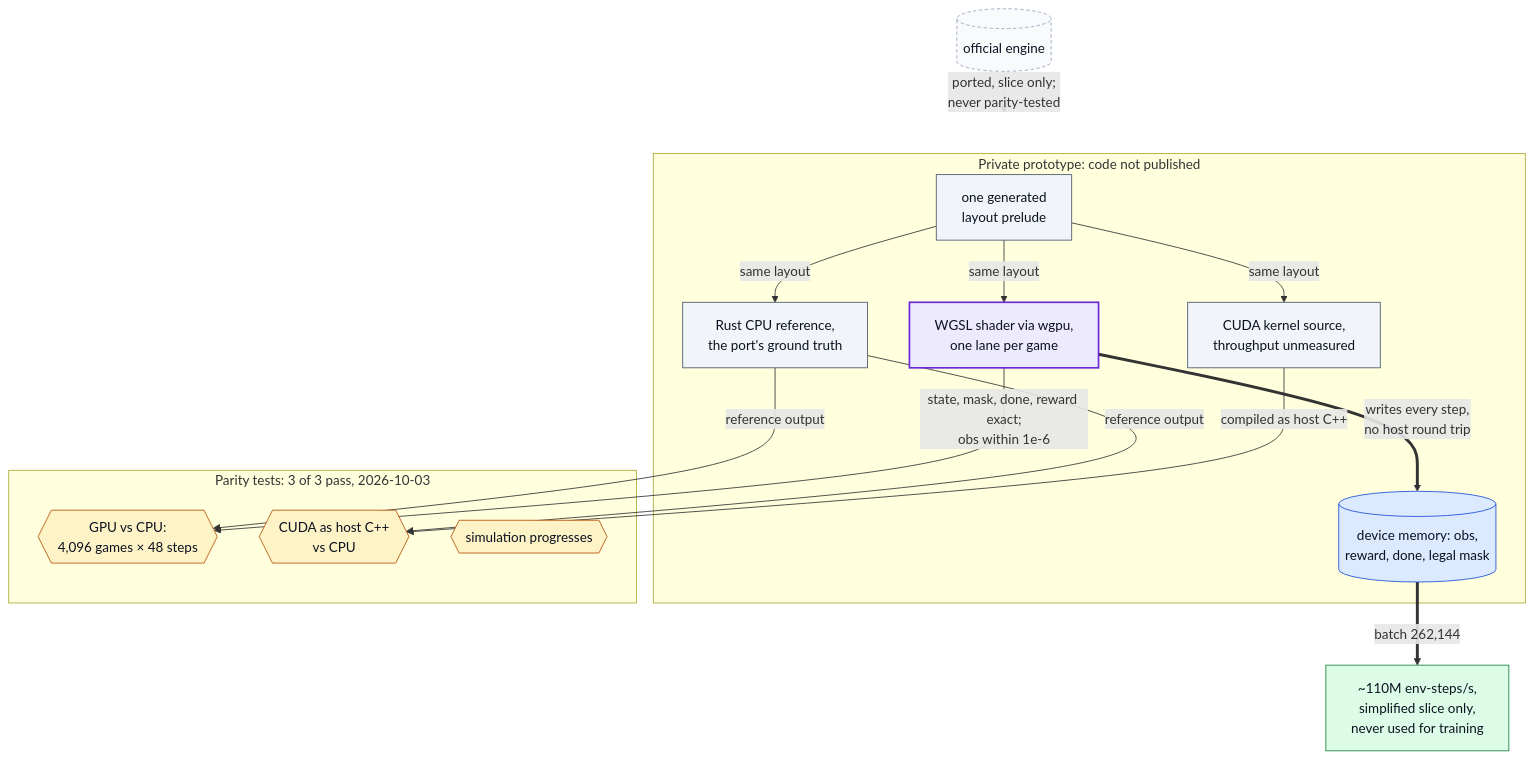
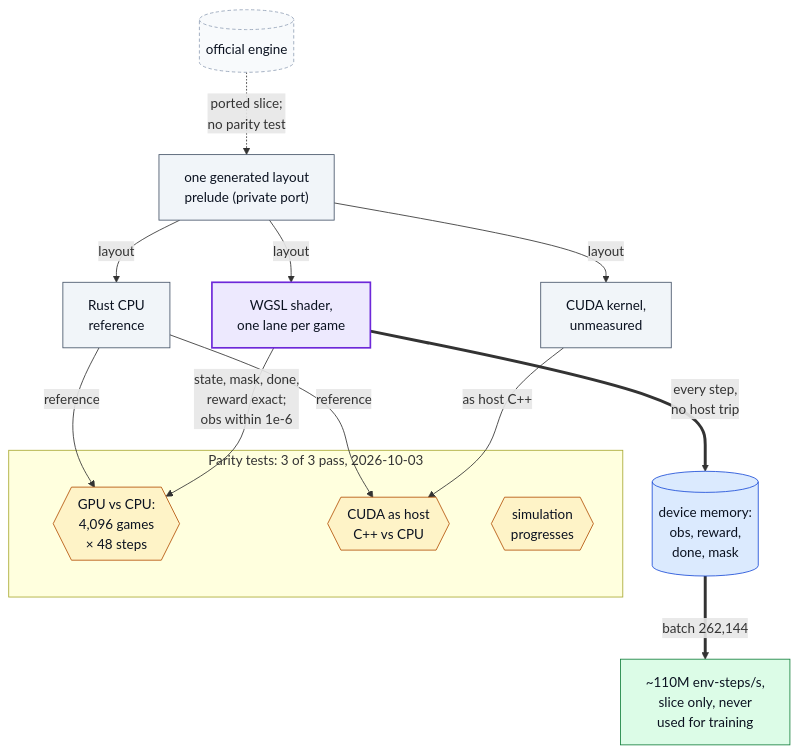
The diagram in engine/README.md (oscar-chw/ptcg-ai-battle), drawn with Mermaid before and after one commit. The commit also changed 2 other files, not shown here.

Commit message:
docs: make diagrams legible at README width

````diff
--- a/engine/README.md
+++ b/engine/README.md
@@ -96,40 +96,38 @@
 ```mermaid
 flowchart TB
-  subgraph PRIV["Private prototype: code not published"]
-    LAY["one generated<br/>layout prelude"]
-    CPU["Rust CPU reference,<br/>the port's ground truth"]
-    GPU["WGSL shader via wgpu,<br/>one lane per game"]
-    CUDA["CUDA kernel source,<br/>throughput unmeasured"]
-    DEV[("device memory: obs,<br/>reward, done, legal mask")]
+  ENG[("official engine")]
+  LAY["one generated layout<br/>prelude (private port)"]
+  CPU["Rust CPU<br/>reference"]
+  GPU["WGSL shader,<br/>one lane per game"]
+  CUDA["CUDA kernel,<br/>unmeasured"]
+  DEV[("device memory:<br/>obs, reward,<br/>done, mask")]
+  subgraph TESTS["Parity tests: 3 of 3 pass, 2026-10-03"]
+    P1{{"GPU vs CPU:<br/>4,096 games<br/>× 48 steps"}}
+    P2{{"CUDA as host<br/>C++ vs CPU"}}
+    P3{{"simulation<br/>progresses"}}
   end
-  subgraph TESTS["Parity tests: 3 of 3 pass, 2026-10-03"]
-    P1{{"GPU vs CPU:<br/>4,096 games × 48 steps"}}
-    P2{{"CUDA as host C++<br/>vs CPU"}}
-    P3{{"simulation progresses"}}
-  end
-  ENG[("official engine")]
-  OUT["~110M env-steps/s,<br/>simplified slice only,<br/>never used for training"]
-  ENG -.->|"ported, slice only;<br/>never parity-tested"| PRIV
-  LAY -->|"same layout"| CPU
-  LAY -->|"same layout"| GPU
-  LAY -->|"same layout"| CUDA
-  GPU ==>|"writes every step,<br/>no host round trip"| DEV
+  OUT["~110M env-steps/s,<br/>slice only, never<br/>used for training"]
+  ENG -.->|"ported slice;<br/>no parity test"| LAY
+  LAY -->|"layout"| CPU
+  LAY -->|"layout"| GPU
+  LAY -->|"layout"| CUDA
+  GPU ==>|"every step,<br/>no host trip"| DEV
   DEV ==>|"batch 262,144"| OUT
-  GPU -->|"state, mask, done, reward exact;<br/>obs within 1e-6"| P1
-  CPU -->|"reference output"| P1
-  CUDA -->|"compiled as host C++"| P2
-  CPU -->|"reference output"| P2
+  GPU -->|"state, mask, done,<br/>reward exact;<br/>obs within 1e-6"| P1
+  CPU -->|"reference"| P1
+  CUDA -->|"as host C++"| P2
+  CPU -->|"reference"| P2
 
   classDef data fill:#dbeafe,stroke:#1d4ed8,color:#0b1220
   classDef step fill:#f1f5f9,stroke:#475569,color:#0b1220
   classDef gate fill:#fef3c7,stroke:#b45309,color:#0b1220
   classDef out  fill:#dcfce7,stroke:#15803d,color:#0b1220
   classDef ext  fill:#f8fafc,stroke:#94a3b8,color:#0b1220,stroke-dasharray:4 3
   classDef key  fill:#ede9fe,stroke:#6d28d9,color:#0b1220,stroke-width:2px
   class LAY,CPU,CUDA step
   class GPU key
   class DEV data
   class P1,P2,P3 gate
   class OUT out
   class ENG ext
 ```
````
